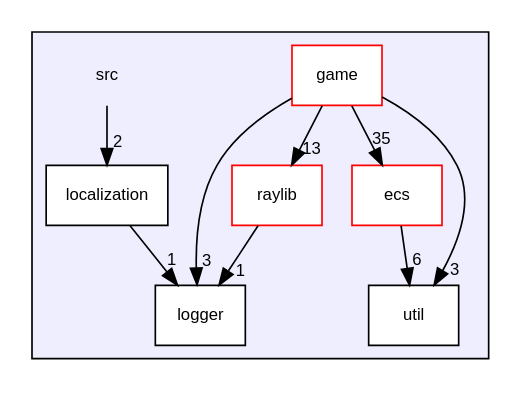
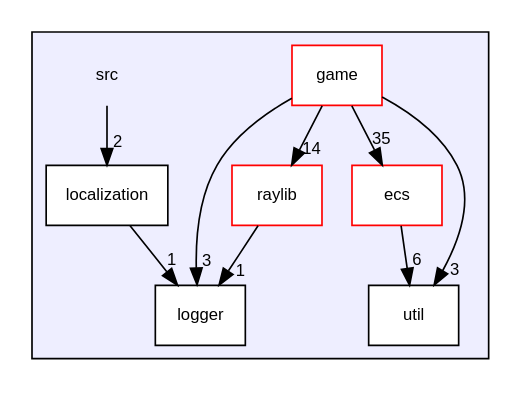
One commit to MisterPeModder/Bomberman-Global-Offensive changed the diagram in dir_68267d1309a1af8e8297ef4c3efbcdba_dep.dot. Above: the diagram before and after it, drawn with Graphviz. The commit also changed 225 other files, not shown here.

```diff
--- a/dir_68267d1309a1af8e8297ef4c3efbcdba_dep.dot
+++ b/dir_68267d1309a1af8e8297ef4c3efbcdba_dep.dot
@@ -1,23 +1,23 @@
 digraph "src" {
   compound=true
   node [ fontsize="10", fontname="Helvetica"];
   edge [ labelfontsize="10", labelfontname="Helvetica"];
   subgraph clusterdir_68267d1309a1af8e8297ef4c3efbcdba {
     graph [ bgcolor="#eeeeff", pencolor="black", label="" URL="dir_68267d1309a1af8e8297ef4c3efbcdba.html"];
     dir_68267d1309a1af8e8297ef4c3efbcdba [shape=plaintext label="src"];
     dir_ddca5f149c4ce13074f28b270e950ba9 [shape=box label="ecs" color="red" fillcolor="white" style="filled" URL="dir_ddca5f149c4ce13074f28b270e950ba9.html"];
     dir_1699be727a800b1d059c6f7f2b91d2ee [shape=box label="game" color="red" fillcolor="white" style="filled" URL="dir_1699be727a800b1d059c6f7f2b91d2ee.html"];
     dir_502e2e551a70cf7978464aef90fcfcf1 [shape=box label="localization" color="black" fillcolor="white" style="filled" URL="dir_502e2e551a70cf7978464aef90fcfcf1.html"];
     dir_ffde1fbcaa8d6b0d34e29c3bddf7a801 [shape=box label="logger" color="black" fillcolor="white" style="filled" URL="dir_ffde1fbcaa8d6b0d34e29c3bddf7a801.html"];
     dir_d4cc5f0b3cfddd1b0952a9e00053f649 [shape=box label="raylib" color="red" fillcolor="white" style="filled" URL="dir_d4cc5f0b3cfddd1b0952a9e00053f649.html"];
     dir_b7878ad5ecbf2506f4125b9d34c97e45 [shape=box label="util" color="black" fillcolor="white" style="filled" URL="dir_b7878ad5ecbf2506f4125b9d34c97e45.html"];
   }
   dir_68267d1309a1af8e8297ef4c3efbcdba->dir_502e2e551a70cf7978464aef90fcfcf1 [headlabel="2", labeldistance=1.5 headhref="dir_000000_000017.html"];
   dir_ddca5f149c4ce13074f28b270e950ba9->dir_b7878ad5ecbf2506f4125b9d34c97e45 [headlabel="6", labeldistance=1.5 headhref="dir_000001_000022.html"];
   dir_d4cc5f0b3cfddd1b0952a9e00053f649->dir_ffde1fbcaa8d6b0d34e29c3bddf7a801 [headlabel="1", labeldistance=1.5 headhref="dir_000009_000018.html"];
   dir_502e2e551a70cf7978464aef90fcfcf1->dir_ffde1fbcaa8d6b0d34e29c3bddf7a801 [headlabel="1", labeldistance=1.5 headhref="dir_000017_000018.html"];
   dir_1699be727a800b1d059c6f7f2b91d2ee->dir_b7878ad5ecbf2506f4125b9d34c97e45 [headlabel="3", labeldistance=1.5 headhref="dir_000007_000022.html"];
   dir_1699be727a800b1d059c6f7f2b91d2ee->dir_ffde1fbcaa8d6b0d34e29c3bddf7a801 [headlabel="3", labeldistance=1.5 headhref="dir_000007_000018.html"];
   dir_1699be727a800b1d059c6f7f2b91d2ee->dir_ddca5f149c4ce13074f28b270e950ba9 [headlabel="35", labeldistance=1.5 headhref="dir_000007_000001.html"];
-  dir_1699be727a800b1d059c6f7f2b91d2ee->dir_d4cc5f0b3cfddd1b0952a9e00053f649 [headlabel="13", labeldistance=1.5 headhref="dir_000007_000009.html"];
+  dir_1699be727a800b1d059c6f7f2b91d2ee->dir_d4cc5f0b3cfddd1b0952a9e00053f649 [headlabel="14", labeldistance=1.5 headhref="dir_000007_000009.html"];
 }
```
